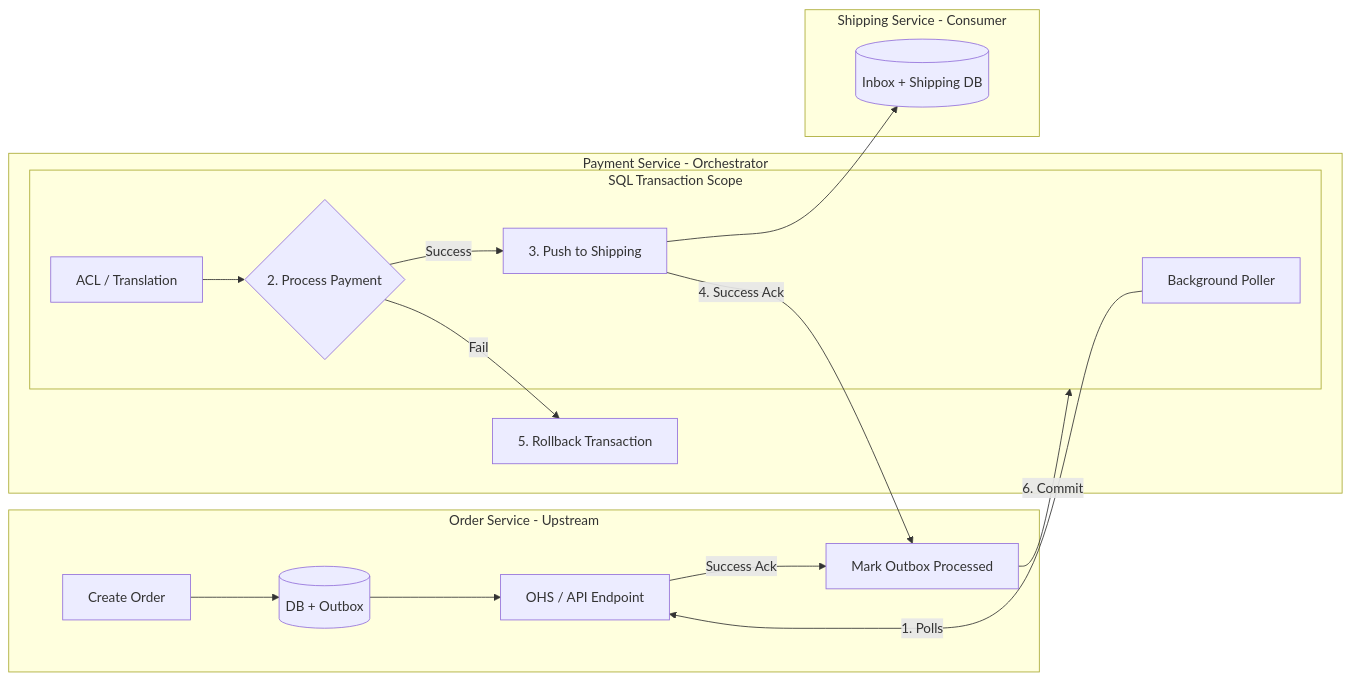
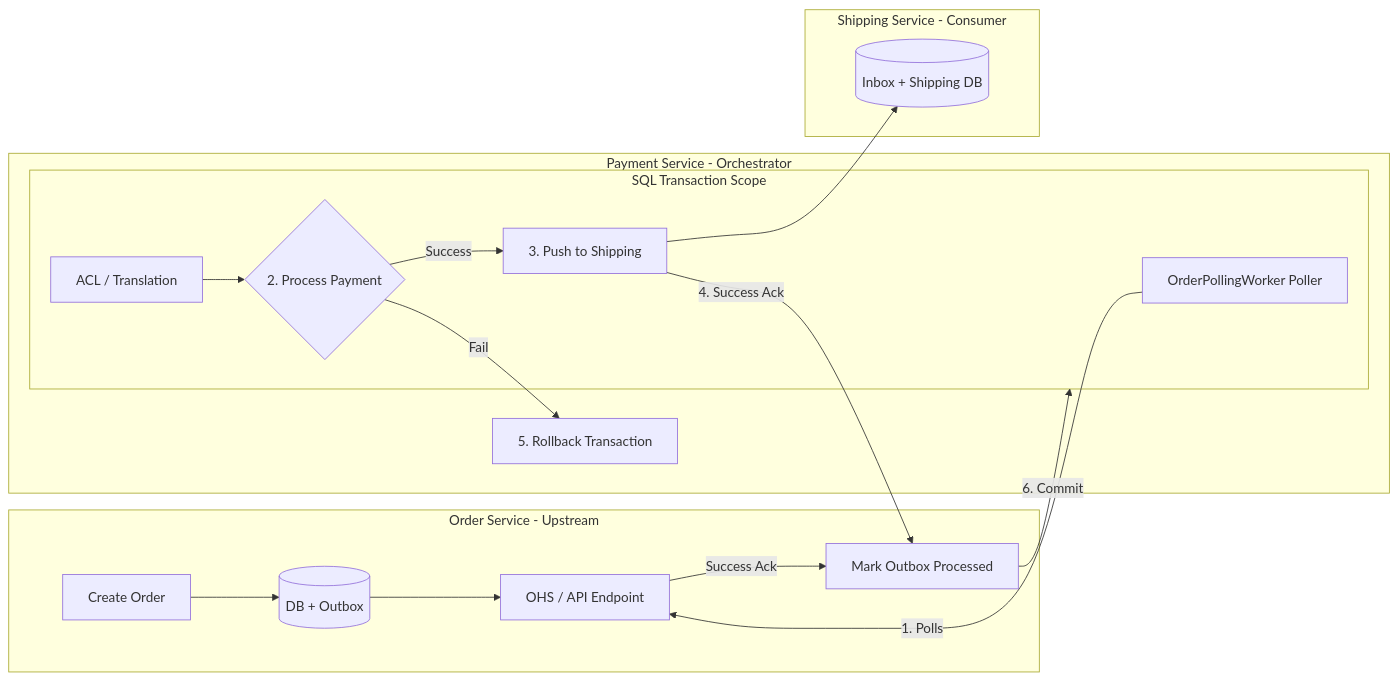
The diagram in FulfillmentSystem/ReadMe.md (saritakumar-dev/My-DDD-Portfolio), drawn with Mermaid before and after one commit. The commit also changed other lines of this file, not shown here.

````diff
--- a/FulfillmentSystem/ReadMe.md
+++ b/FulfillmentSystem/ReadMe.md
@@ -23,24 +23,24 @@
 ```mermaid
 graph LR
     subgraph OrderService [Order Service - Upstream]
         A[Create Order] --> B[(DB + Outbox)]
         B --> C[OHS / API Endpoint]
         C -- Success Ack --> L[Mark Outbox Processed]
     end
 
     subgraph PaymentService [Payment Service - Orchestrator]
         subgraph Transaction [SQL Transaction Scope]
-            D[Background Poller] -- 1. Polls --> C
+            D[OrderPollingWorker Poller] -- 1. Polls --> C
             E[ACL / Translation] --> F{2. Process Payment}
             F -- Success --> G[3. Push to Shipping]
         end
         
         G -- 4. Success Ack --> L
         F -- Fail --> H[5. Rollback Transaction]
         L -- 6. Commit --> Transaction
     end
 
     subgraph ShippingService [Shipping Service - Consumer]
         G --> I[(Inbox + Shipping DB)]
     end
 ```
````
